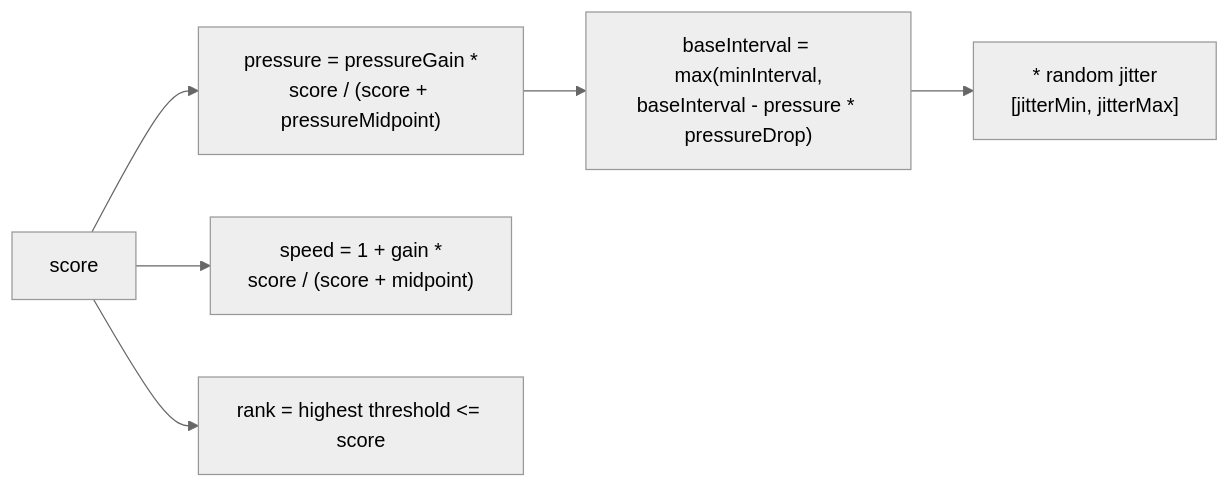
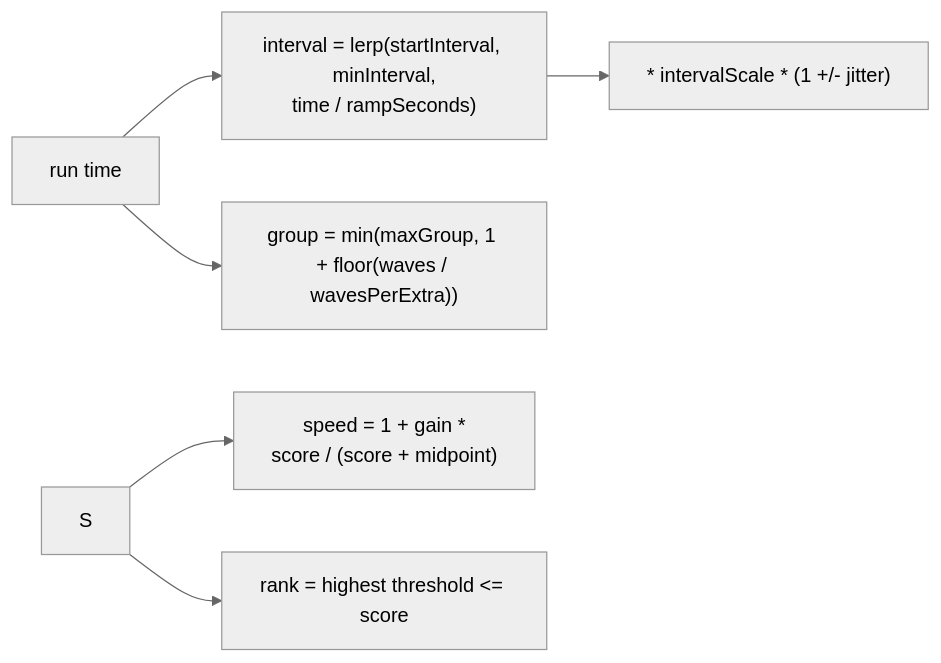
Before and after one commit to Protosnake/veslo: the second of 2 diagrams in docs/features/12-ranking.md, drawn with Mermaid (neutral theme). The commit also changed other lines of this file and 9 other files, not shown here.

````diff
--- a/docs/features/12-ranking.md
+++ b/docs/features/12-ranking.md
@@ -25,8 +25,8 @@
 ```mermaid
 flowchart LR
-    S["score"] --> P["pressure = pressureGain *<br/>score / (score + pressureMidpoint)"]
-    P --> W["baseInterval = max(minInterval,<br/>baseInterval - pressure * pressureDrop)"]
-    W --> J["* random jitter<br/>[jitterMin, jitterMax]"]
+    T["run time"] --> W["interval = lerp(startInterval, minInterval,<br/>time / rampSeconds)"]
+    W --> J["* intervalScale * (1 +/- jitter)"]
+    T --> G["group = min(maxGroup, 1 + floor(waves / wavesPerExtra))"]
     S --> V["speed = 1 + gain *<br/>score / (score + midpoint)"]
     S --> R["rank = highest threshold <= score"]
 ```
````
